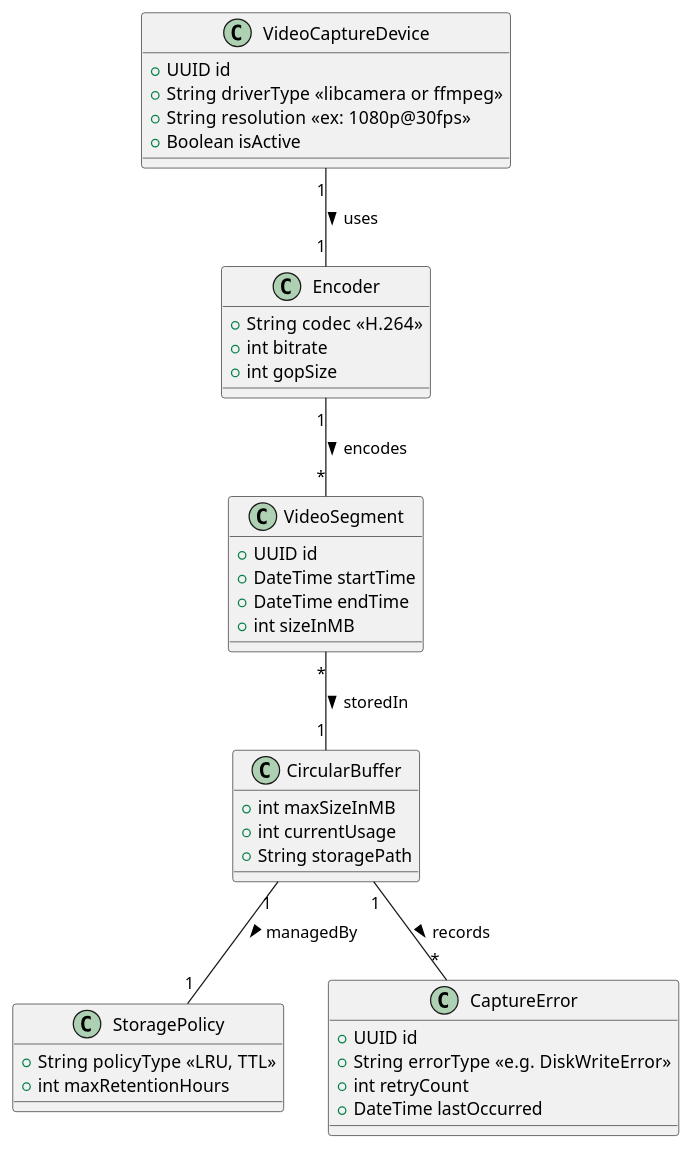
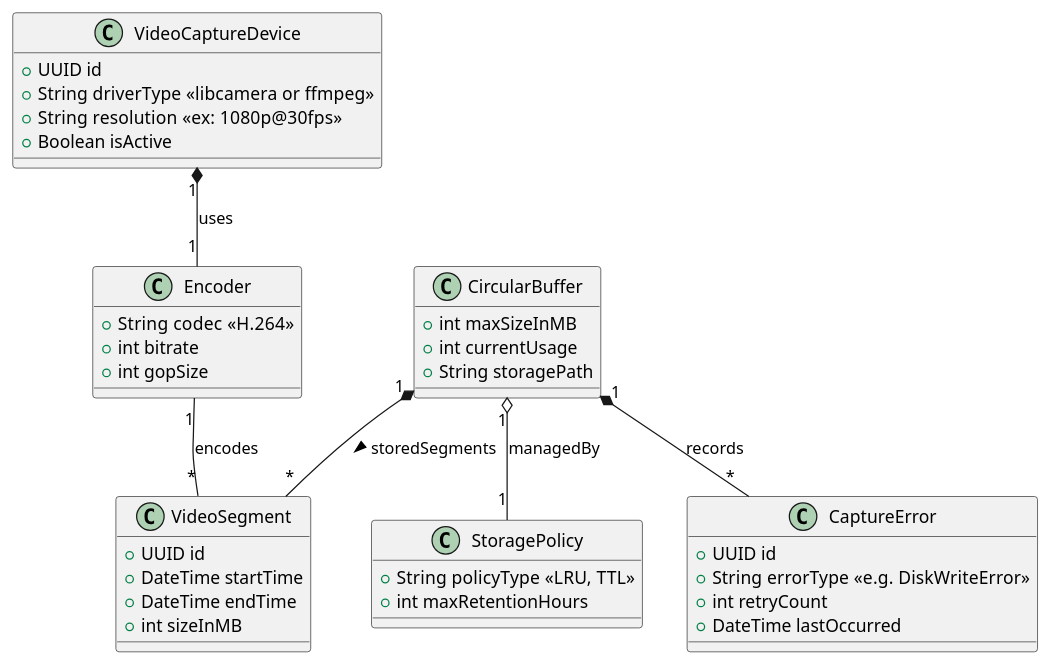
The diagram in 3.1.2_capture_pipeline.plantuml (KnightChaser/opencctv-plantuml-storage), drawn with PlantUML before and after one commit.

Commit message:
Update 3.1.2_capture_pipeline.plantuml
- Update associativity between components in the UML class diagram
    - VideoCaptureDevice and Encoder have composition relationship
    - CircularBuffer have composition relationships with VideoSegment
      and CaptureError objects because the buffer stores video segments
      exclusively and CaptureError attribute can only be belonged
      to the buffer
    - CircularBuffer andd StoragePolicy have aggregation relationships
      because policies can be independently attached or detached
      to/from various different buffer objects

```diff
--- a/3.1.2_capture_pipeline.plantuml
+++ b/3.1.2_capture_pipeline.plantuml
@@ -1,48 +1,56 @@
 @startuml
 '== Capture & Circular Buffer Domain Model ==
 
 class VideoCaptureDevice {
     +UUID id
     +String driverType  <<libcamera or ffmpeg>>
     +String resolution  <<ex: 1080p@30fps>>
     +Boolean isActive
 }
 
 class Encoder {
     +String codec  <<H.264>>
     +int bitrate
     +int gopSize
 }
 
 class VideoSegment {
     +UUID id
     +DateTime startTime
     +DateTime endTime
     +int sizeInMB
 }
 
 class CircularBuffer {
     +int maxSizeInMB
     +int currentUsage
     +String storagePath
 }
 
 class StoragePolicy {
     +String policyType  <<LRU, TTL>>
     +int maxRetentionHours
 }
 
 class CaptureError {
     +UUID id
     +String errorType  <<e.g. DiskWriteError>>
     +int retryCount
     +DateTime lastOccurred
 }
 
-VideoCaptureDevice "1" -- "1" Encoder           : uses >
-Encoder "1" -- "*" VideoSegment                 : encodes >
-VideoSegment "*" -- "1" CircularBuffer          : storedIn >
-CircularBuffer "1" -- "1" StoragePolicy         : managedBy >
-CircularBuffer "1" -- "*" CaptureError          : records >
+' Device strongly owns its encoder (destroy device → encoder gone)
+VideoCaptureDevice "1" *-- "1" Encoder           : uses
 
+' Encoder merely produces segments (loose association)
+Encoder "1" -- "*" VideoSegment                 : encodes
+
+' Buffer strongly owns segments it holds (overwrites/delete on eviction)
+CircularBuffer "1" *-- "*" VideoSegment         : storedSegments >
+
+' Buffer aggregates a policy (policy exists or can be reused elsewhere)
+CircularBuffer "1" o-- "1" StoragePolicy        : managedBy
+
+' Buffer strongly owns its error records (tied to buffer lifecycle)
+CircularBuffer "1" *-- "*" CaptureError         : records
 @enduml
```
